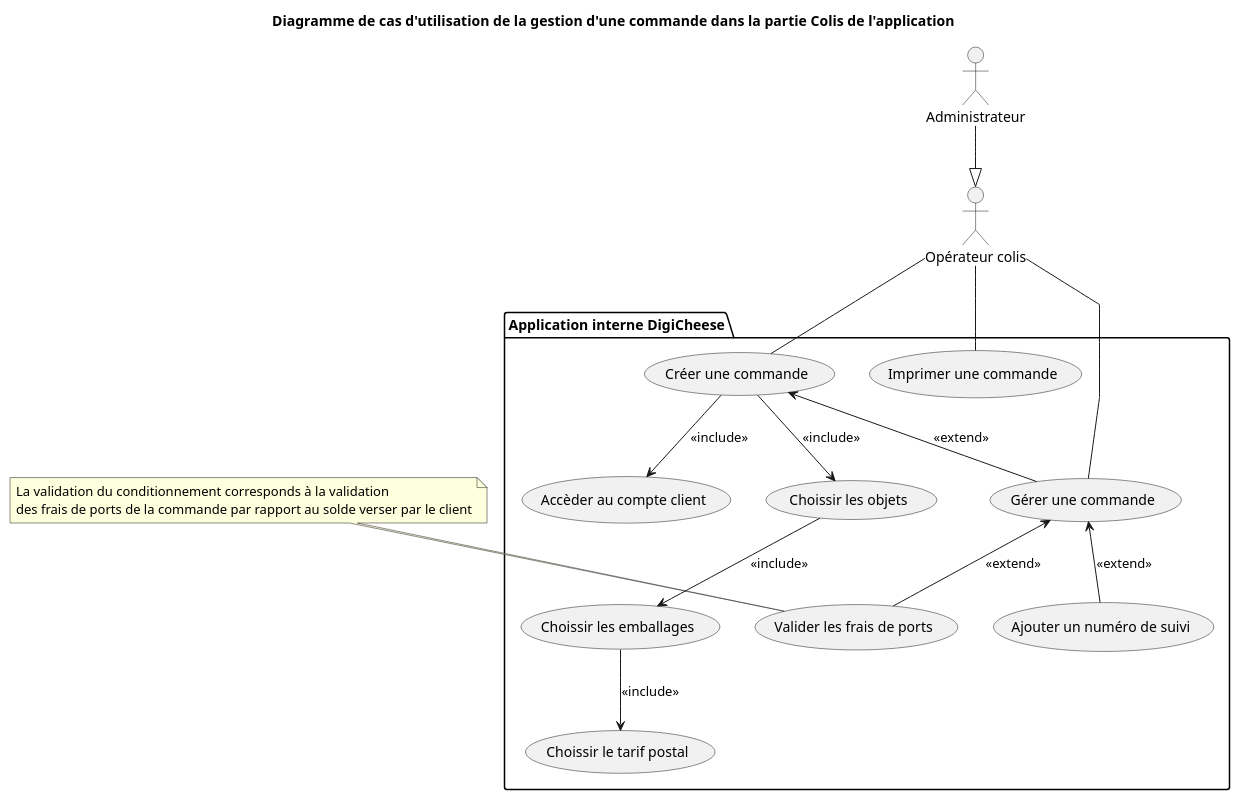
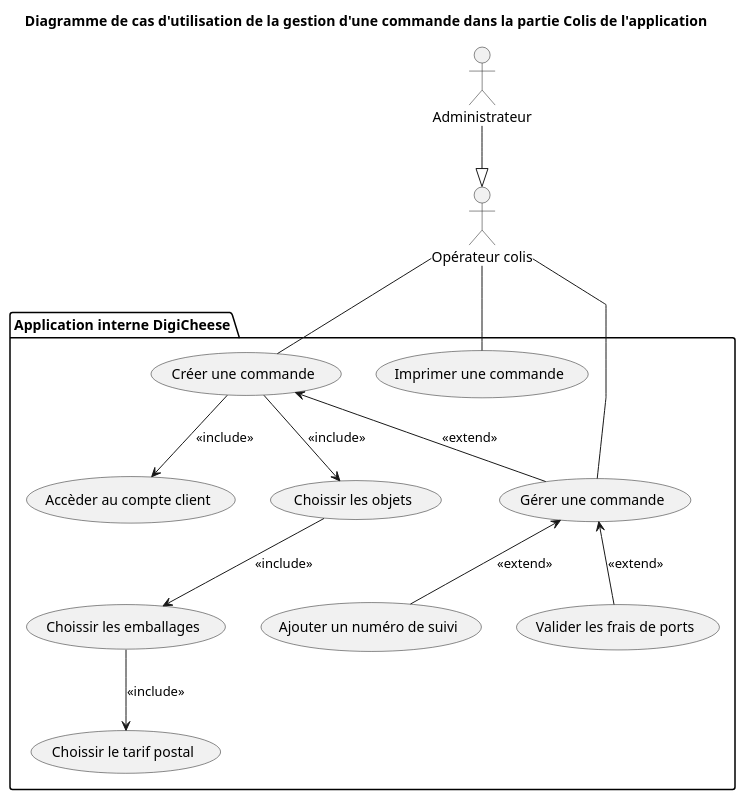
Before and after one commit to Bluwen/Conception_d_une_application_informatique: the diagram in Cas_d_utilisation/Cas_utilisation_colis.puml, drawn with PlantUML. The commit also changed 5 other files, not shown here.

```diff
--- a/Cas_d_utilisation/Cas_utilisation_colis.puml
+++ b/Cas_d_utilisation/Cas_utilisation_colis.puml
@@ -1,49 +1,49 @@
 @startuml Cas d'utilisation de la gestion de commande côté colis
 'left to right direction
 skinparam linetype polyline
 
 actor "Opérateur colis"
 actor "Administrateur"
 
 package "Application interne DigiCheese"  {
     usecase "Accèder au compte client" 
 
     usecase "Créer une commande" 
     usecase "Gérer une commande" 
 
     usecase "Choissir les objets" 
     usecase "Choissir les emballages" 
     usecase "Choissir le tarif postal"
 
     'usecase Calcul_des_frais_de_ports
     usecase "Valider les frais de ports" 
 
     usecase "Ajouter un numéro de suivi" 
 
     usecase "Imprimer une commande" 
 }
 
 "Administrateur" --|> "Opérateur colis"
 
 "Opérateur colis" -- "Créer une commande" 
 "Opérateur colis" -- "Gérer une commande" 
 "Opérateur colis" -- "Imprimer une commande" 
 
 "Créer une commande"  --> "Accèder au compte client"  : <<include>>
 "Créer une commande"  --> "Choissir les objets"  : <<include>>
 "Choissir les objets"  --> "Choissir les emballages"  : <<include>>
 "Choissir les emballages"  --> "Choissir le tarif postal" : <<include>>
 
 "Créer une commande"  <-- "Gérer une commande"  : <<extend>>
 
 "Gérer une commande"  <-- "Valider les frais de ports"  : <<extend>>
 "Gérer une commande"  <-- "Ajouter un numéro de suivi"  : <<extend>>
 
 'note "Ici le calcul des frais de ports fait références calcul du poids de l'emballage et des produits choisis\nPermet ensuite de le comparer au solde envoyer par le client pour vérifier que tout corresponds" as N1
-note "La validation du conditionnement corresponds à la validation\ndes frais de ports de la commande par rapport au solde verser par le client" as N2
+'note "La validation du conditionnement corresponds à la validation\ndes frais de ports de la commande par rapport au solde verser par le client" as N2
 
 'N1 .. Calcul_des_frais_de_ports
-N2 .. "Valider les frais de ports" 
+'N2 .. "Valider les frais de ports" 
 
 title Diagramme de cas d'utilisation de la gestion d'une commande dans la partie Colis de l'application
 @enduml
```
